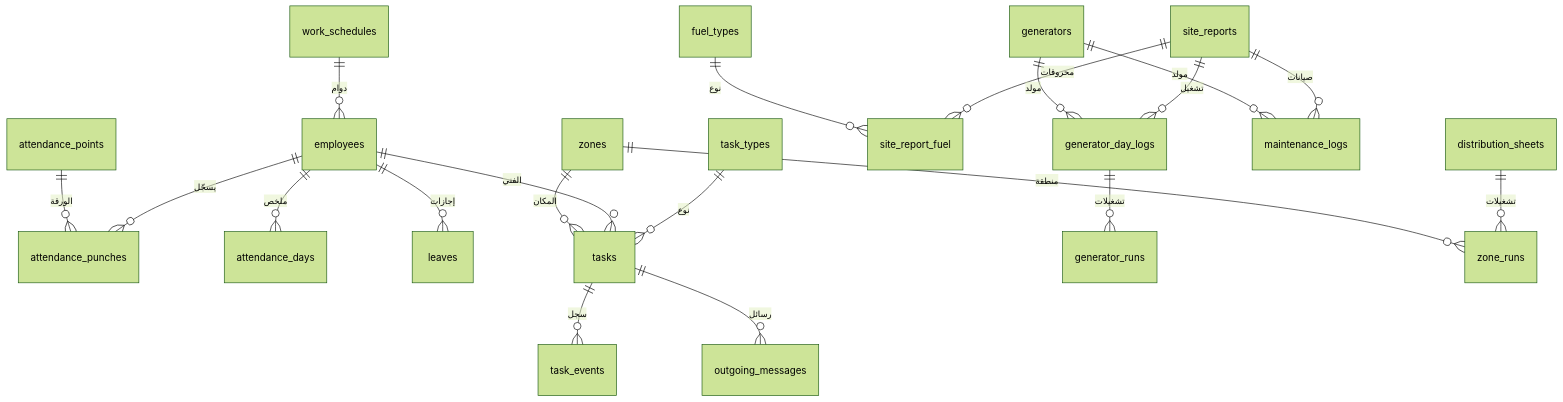
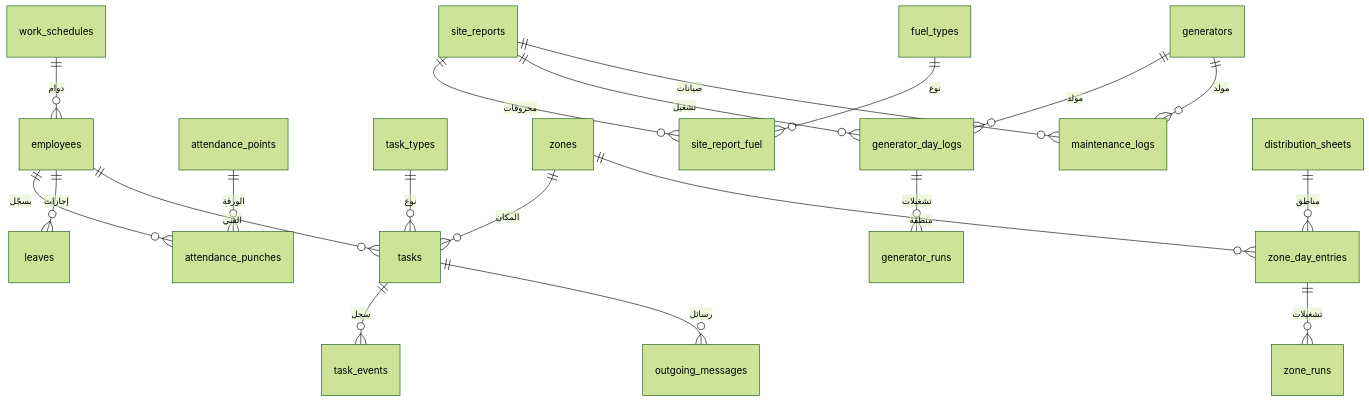
The diagram in mukhayyam-2/docs/01-data-model.md (yousefhmm142-cell/yousef), drawn with Mermaid (forest theme) before and after one commit. The commit also changed other lines of this file and 56 other files, not shown here.

````diff
--- a/mukhayyam-2/docs/01-data-model.md
+++ b/mukhayyam-2/docs/01-data-model.md
@@ -240,22 +240,22 @@
 ```mermaid
 erDiagram
   work_schedules ||--o{ employees : "دوام"
   employees ||--o{ attendance_punches : "يسجّل"
-  employees ||--o{ attendance_days : "ملخص"
   employees ||--o{ leaves : "إجازات"
   attendance_points ||--o{ attendance_punches : "الورقة"
   task_types ||--o{ tasks : "نوع"
   employees ||--o{ tasks : "الفني"
   zones ||--o{ tasks : "المكان"
   tasks ||--o{ task_events : "سجل"
   tasks ||--o{ outgoing_messages : "رسائل"
   site_reports ||--o{ site_report_fuel : "محروقات"
   fuel_types ||--o{ site_report_fuel : "نوع"
   site_reports ||--o{ generator_day_logs : "تشغيل"
   generators ||--o{ generator_day_logs : "مولد"
   generator_day_logs ||--o{ generator_runs : "تشغيلات"
   site_reports ||--o{ maintenance_logs : "صيانات"
   generators ||--o{ maintenance_logs : "مولد"
-  distribution_sheets ||--o{ zone_runs : "تشغيلات"
-  zones ||--o{ zone_runs : "منطقة"
+  distribution_sheets ||--o{ zone_day_entries : "مناطق"
+  zones ||--o{ zone_day_entries : "منطقة"
+  zone_day_entries ||--o{ zone_runs : "تشغيلات"
 ```
````
